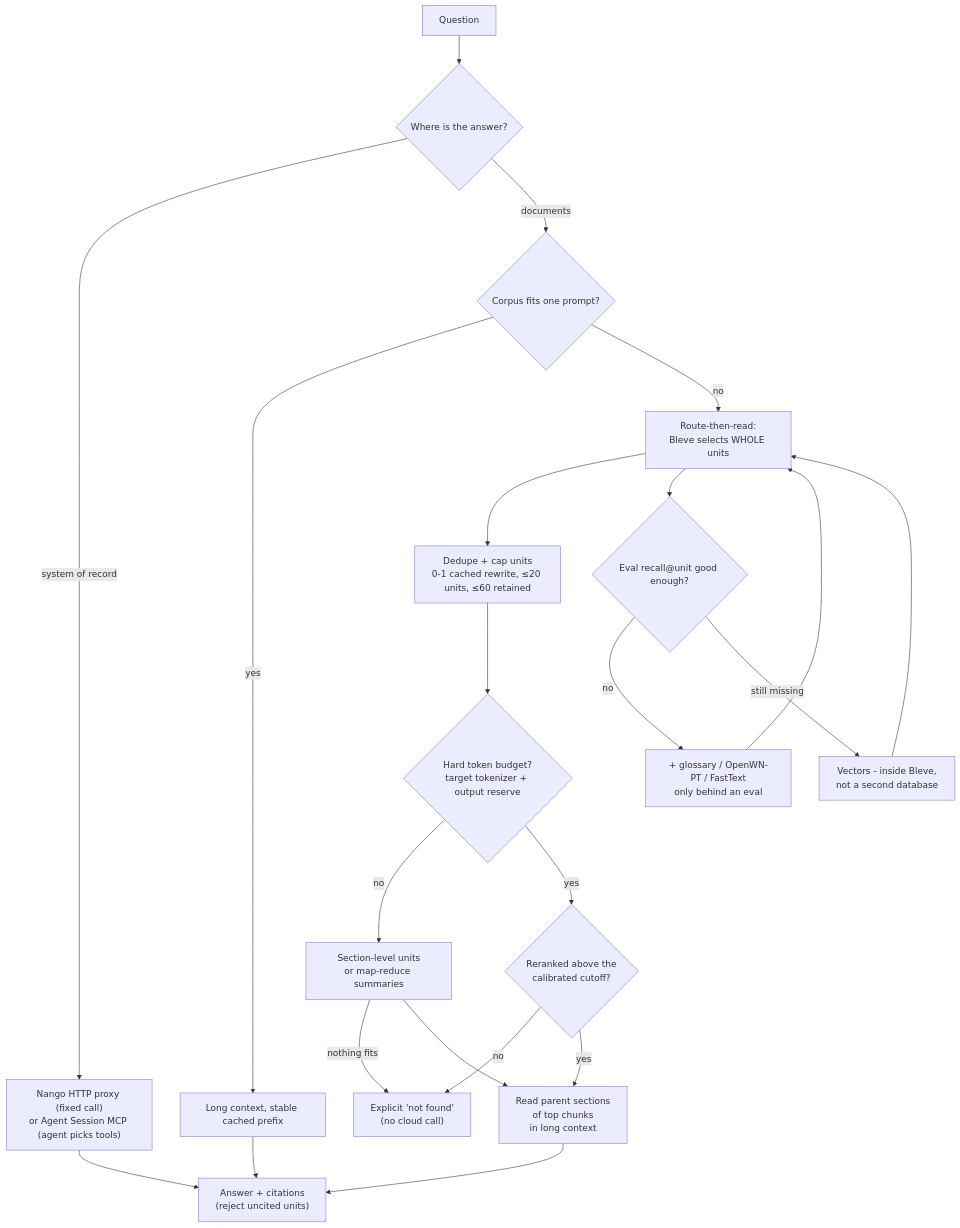
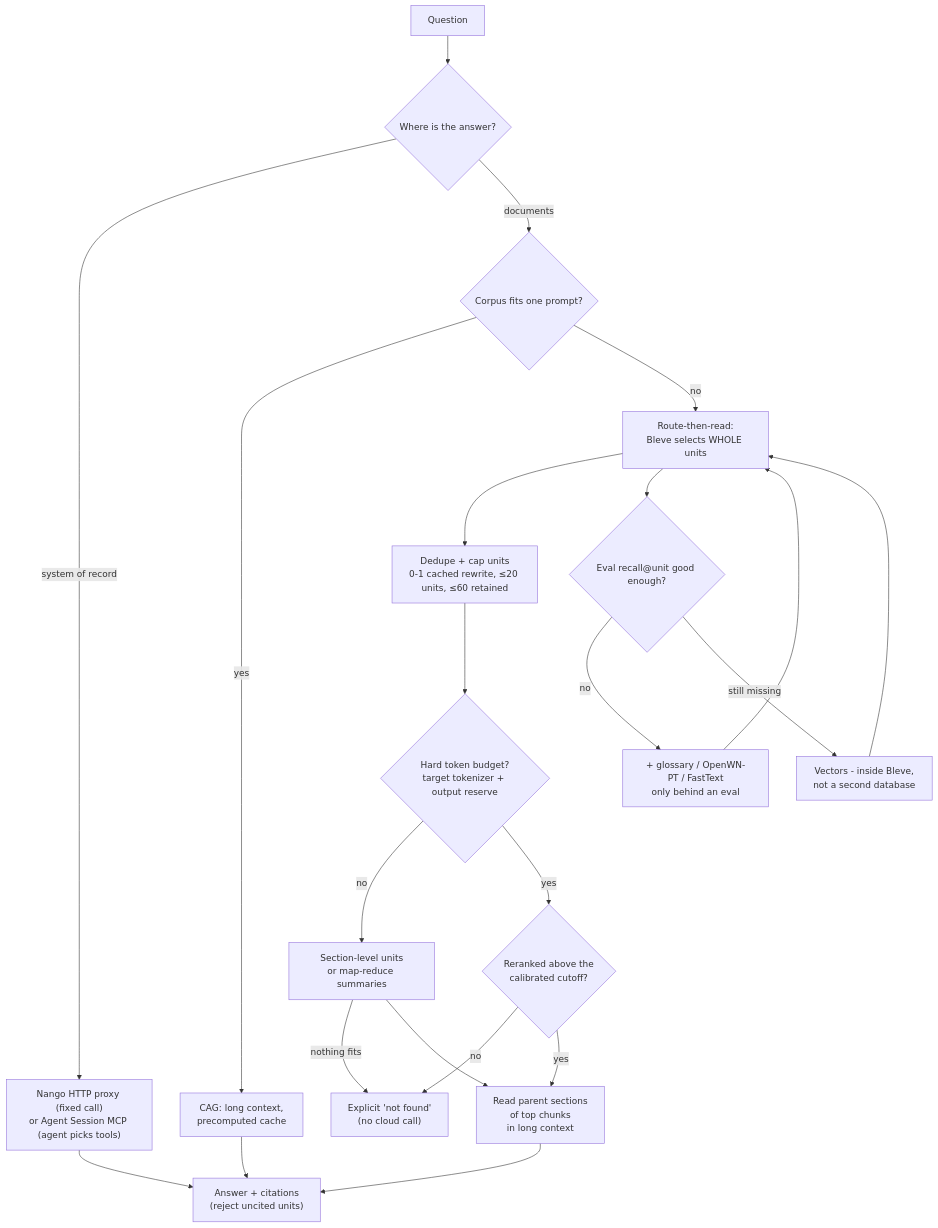
One commit to calionauta/turvez changed the seventh of 8 diagrams in docs/workflows.md. Above: the diagram before and after it, drawn with Mermaid. The commit also changed 6 other files, not shown here.

````diff
--- a/docs/workflows.md
+++ b/docs/workflows.md
@@ -150,24 +150,24 @@
 ```mermaid
 flowchart TD
     Q["Question"] --> S{"Where is the answer?"}
     S -->|"system of record"| P["Nango HTTP proxy (fixed call)<br/>or Agent Session MCP (agent picks tools)"]
     S -->|"documents"| L{"Corpus fits one prompt?"}
-    L -->|"yes"| LC["Long context, stable cached prefix"]
+    L -->|"yes"| LC["CAG: long context,<br/>precomputed cache"]
     L -->|"no"| RT["Route-then-read:<br/>Bleve selects WHOLE units"]
     RT --> CAP["Dedupe + cap units<br/>0-1 cached rewrite, ≤20 units, ≤60 retained"]
     CAP --> BUD{"Hard token budget?<br/>target tokenizer + output reserve"}
     BUD -->|"no"| SEC["Section-level units<br/>or map-reduce summaries"]
     SEC -->|"nothing fits"| REF["Explicit 'not found'<br/>(no cloud call)"]
     BUD -->|"yes"| REL{"Reranked above the<br/>calibrated cutoff?"}
     REL -->|"no"| REF
     REL -->|"yes"| READ["Read parent sections<br/>of top chunks<br/>in long context"]
     SEC --> READ
     RT --> EV{"Eval recall@unit good enough?"}
     EV -->|"no"| WN["+ glossary / OpenWN-PT / FastText<br/>only behind an eval"]
     WN --> RT
     EV -->|"still missing"| VEC["Vectors - inside Bleve,<br/>not a second database"]
     VEC --> RT
     READ --> ANS["Answer + citations<br/>(reject uncited units)"]
     LC --> ANS
     P --> ANS
 ```
````
